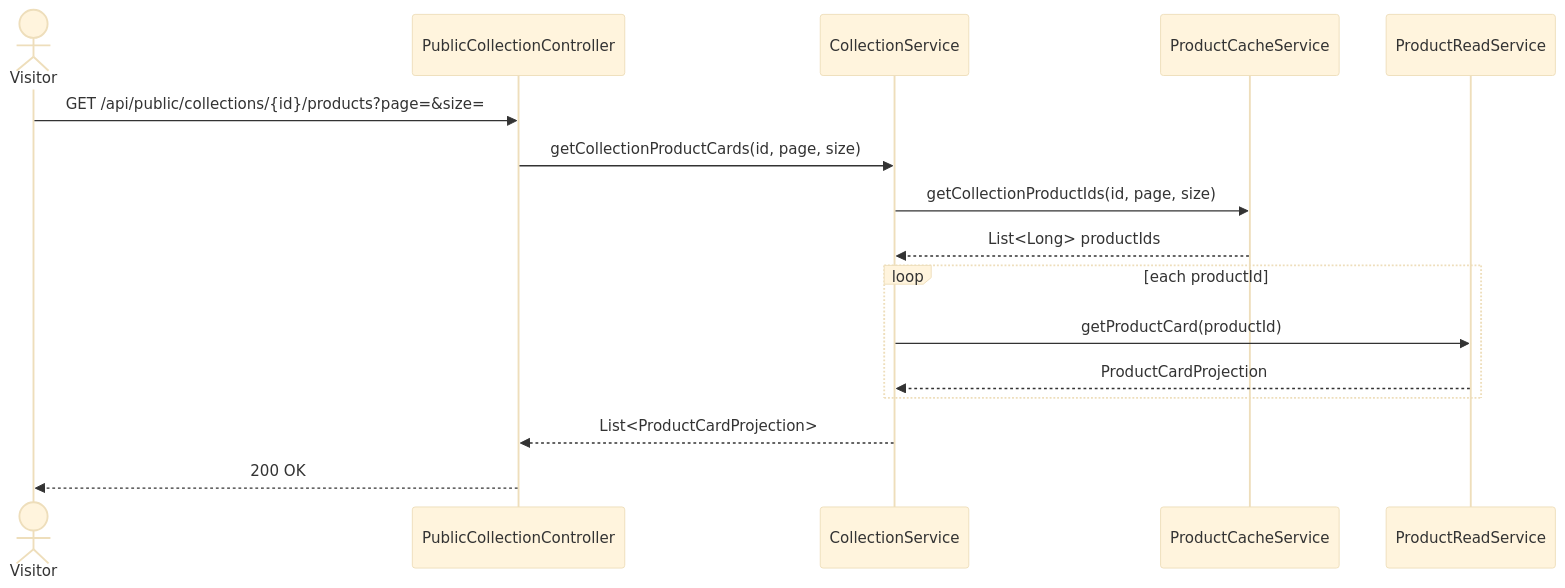
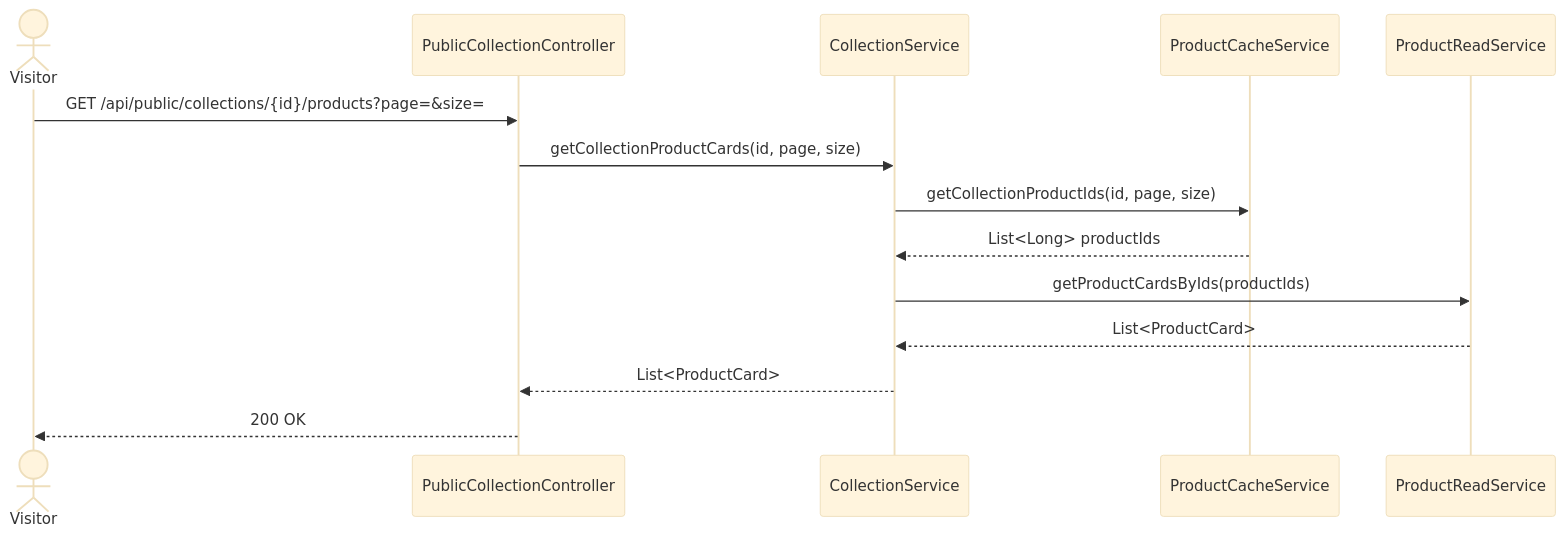
One commit to mohammadAlhajeen/bun_commerce-public changed the ninth of 11 diagrams in documentation/02-product-uml.md. Above: the diagram before and after it, drawn with Mermaid (base theme). The commit also changed 29 other files, not shown here.

````diff
--- a/documentation/02-product-uml.md
+++ b/documentation/02-product-uml.md
@@ -359,19 +359,17 @@
 ```mermaid
 sequenceDiagram
     actor Visitor
     participant PublicCollectionController
     participant CollectionService
     participant ProductCacheService
     participant ProductReadService
 
     Visitor->>PublicCollectionController: GET /api/public/collections/{id}/products?page=&size=
     PublicCollectionController->>CollectionService: getCollectionProductCards(id, page, size)
     CollectionService->>ProductCacheService: getCollectionProductIds(id, page, size)
     ProductCacheService-->>CollectionService: List<Long> productIds
-    loop each productId
-        CollectionService->>ProductReadService: getProductCard(productId)
-        ProductReadService-->>CollectionService: ProductCardProjection
-    end
-    CollectionService-->>PublicCollectionController: List<ProductCardProjection>
+    CollectionService->>ProductReadService: getProductCardsByIds(productIds)
+    ProductReadService-->>CollectionService: List<ProductCard>
+    CollectionService-->>PublicCollectionController: List<ProductCard>
     PublicCollectionController-->>Visitor: 200 OK
 ```
````
